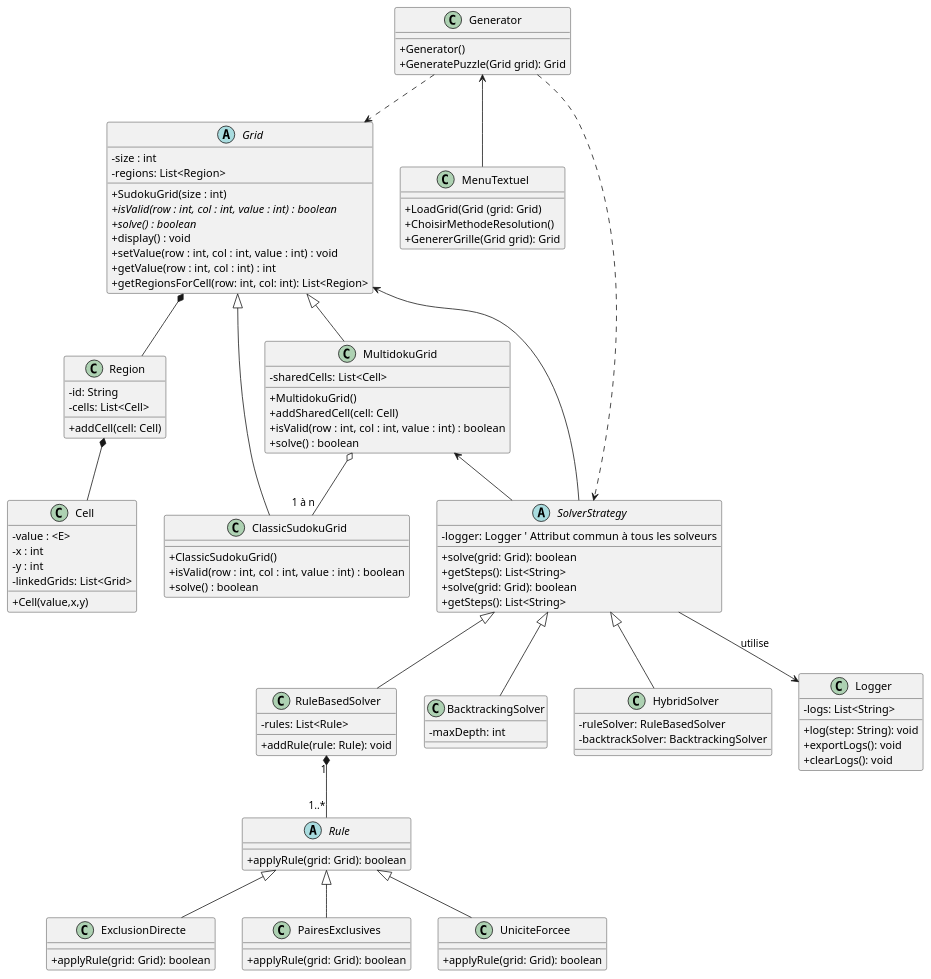
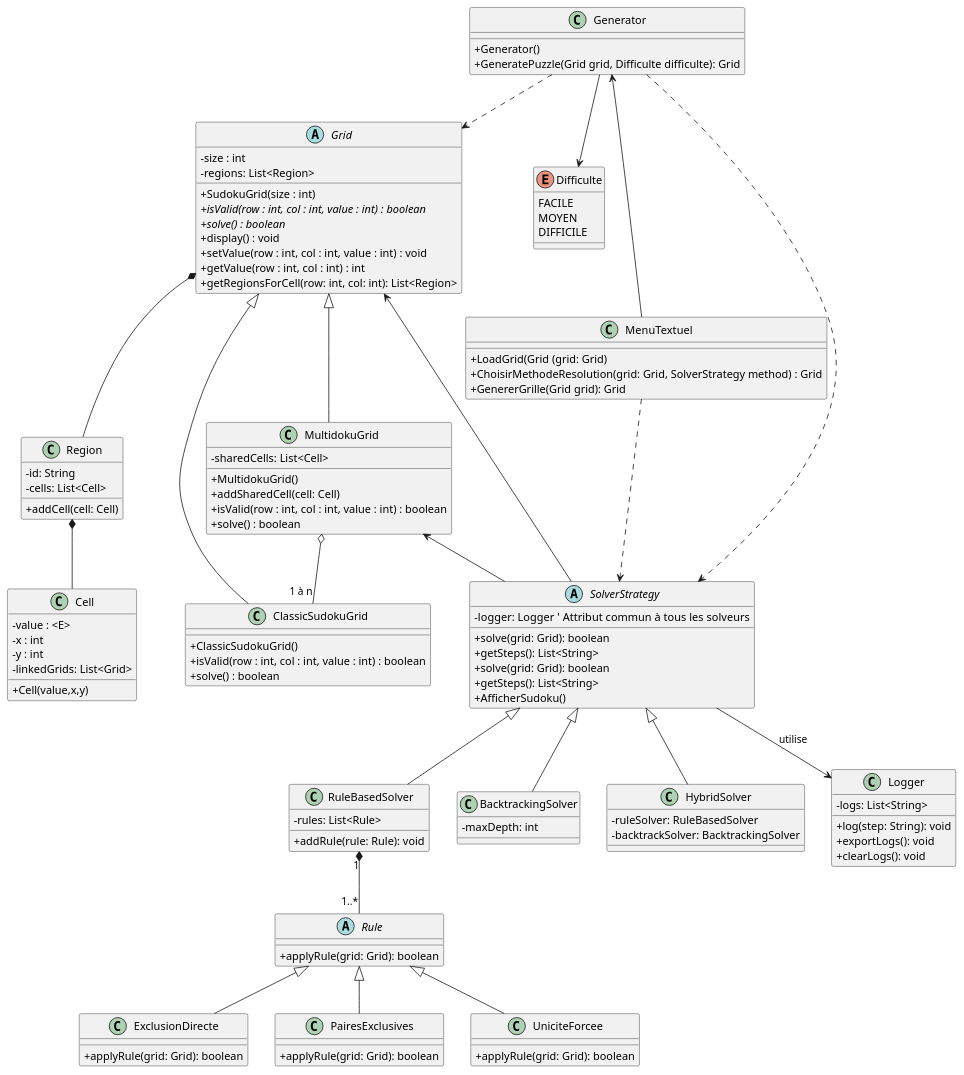
The diagram in ClassDiagram.puml (PolytechLyon/SudokuAPO), drawn with PlantUML before and after one commit. The commit also changed 6 other files, not shown here.

Commit message:
diagramme 00h26

```diff
--- a/ClassDiagram.puml
+++ b/ClassDiagram.puml
@@ -1,126 +1,136 @@
 @startuml
 skinparam classAttributeIconSize 0
 'https://plantuml.com/class-diagram
 
 abstract class Grid{
     - size : int
     - regions: List<Region>
     + SudokuGrid(size : int)
     + {abstract} isValid(row : int, col : int, value : int) : boolean
     + {abstract} solve() : boolean
     + display() : void
     + setValue(row : int, col : int, value : int) : void
     + getValue(row : int, col : int) : int
     + getRegionsForCell(row: int, col: int): List<Region>
 }
 
 class Region {
     - id: String
     - cells: List<Cell>
     + addCell(cell: Cell)
 }
 
 class Cell {
     -value : <E>
     -x : int
     -y : int
     - linkedGrids: List<Grid>
     +Cell(value,x,y)
 }
 
 class ClassicSudokuGrid{
     + ClassicSudokuGrid()
     + isValid(row : int, col : int, value : int) : boolean
     + solve() : boolean
 }
 
 class MultidokuGrid{
     - sharedCells: List<Cell>
     + MultidokuGrid()
     + addSharedCell(cell: Cell)
     + isValid(row : int, col : int, value : int) : boolean
     + solve() : boolean
 }
 
 abstract class Rule {
     + applyRule(grid: Grid): boolean
 }
 class ExclusionDirecte extends Rule {
     + applyRule(grid: Grid): boolean
 }
 class PairesExclusives extends Rule {
     + applyRule(grid: Grid): boolean
 }
 class UniciteForcee extends Rule {
     + applyRule(grid: Grid): boolean
 }
 
+enum Difficulte{
+    FACILE
+    MOYEN
+    DIFFICILE
+}
+
+Generator --> Difficulte
 
 class Generator {
     + Generator()
-    +GeneratePuzzle(Grid grid): Grid
+    +GeneratePuzzle(Grid grid, Difficulte difficulte): Grid
 }
 Generator ..> Grid
 
 class MenuTextuel {
     +LoadGrid(Grid (grid: Grid)
-    +ChoisirMethodeResolution()
+    +ChoisirMethodeResolution(grid: Grid, SolverStrategy method) : Grid
     +GenererGrille(Grid grid): Grid
 }
+
+MenuTextuel ..> SolverStrategy
 
 abstract class SolverStrategy {
     + solve(grid: Grid): boolean
     + getSteps(): List<String>
 }
 
 class RuleBasedSolver {
     - rules: List<Rule>
     + addRule(rule: Rule): void
 }
 
 class BacktrackingSolver {
     - maxDepth: int
 }
 
 class HybridSolver {
     - ruleSolver: RuleBasedSolver
     - backtrackSolver: BacktrackingSolver
 }
 
 class Logger {
     - logs: List<String>
     + log(step: String): void
     + exportLogs(): void
     + clearLogs(): void
 }
 
 abstract class SolverStrategy {
     - logger: Logger  ' Attribut commun à tous les solveurs
     + solve(grid: Grid): boolean
     + getSteps(): List<String>
+    + AfficherSudoku()
 }
 
 SolverStrategy --> Logger : utilise
 
 Generator<--MenuTextuel
 
 Grid <|-- MultidokuGrid
 Grid <|-- ClassicSudokuGrid
 Grid *-- Region
 Grid <-- SolverStrategy
 
 Generator ..> SolverStrategy
 
 MultidokuGrid <-- SolverStrategy
 MultidokuGrid o-- "1 à n" ClassicSudokuGrid
 
 Region *-- Cell
 
 SolverStrategy <|-- RuleBasedSolver
 SolverStrategy <|-- HybridSolver
 SolverStrategy <|-- BacktrackingSolver
 RuleBasedSolver "1" *-- "1..*" Rule
 
 
 
 @enduml
```
